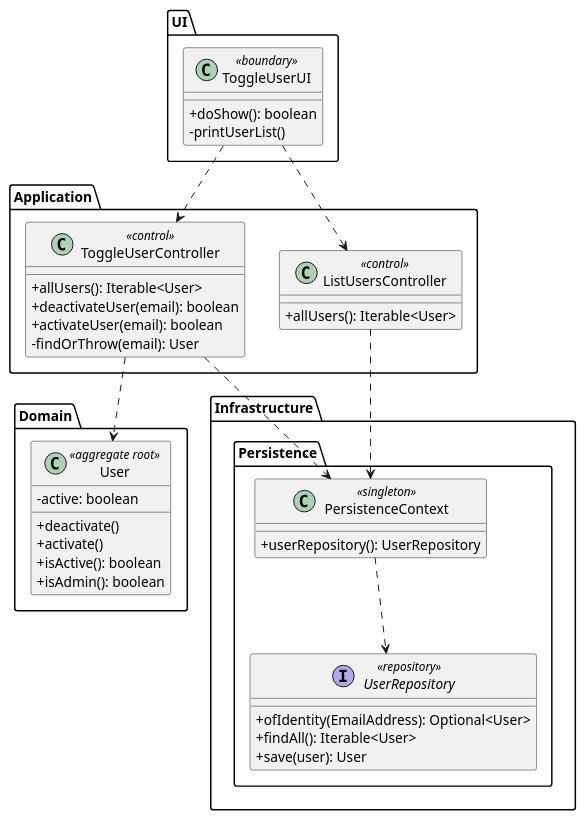
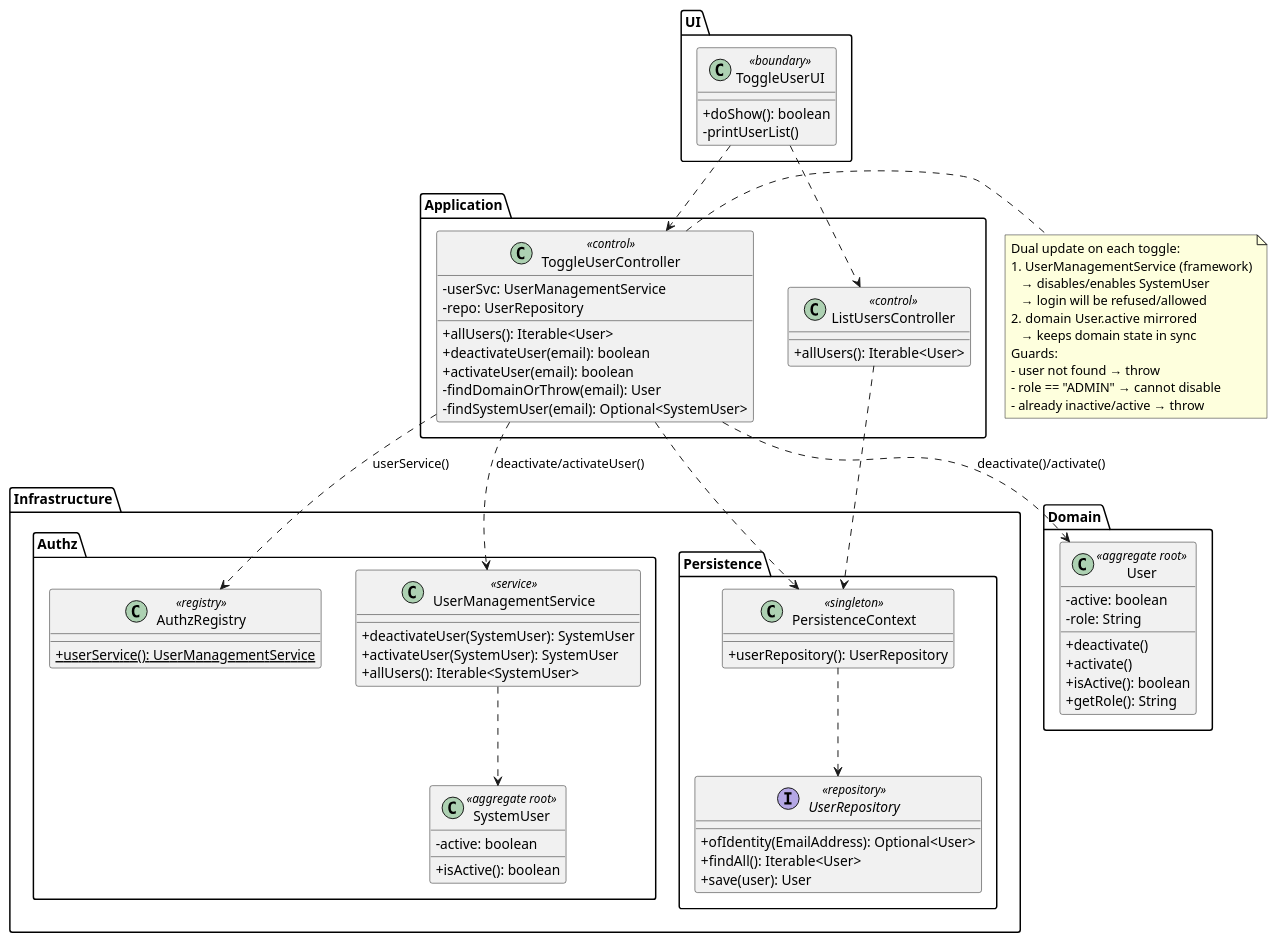
The diagram in docs/Sprint 2/EAPLI/US032/puml/US032-class-diagram.puml (DuartePinto1240/sem4pi2526-sem4pi2526_2da2), drawn with PlantUML before and after one commit. The commit also changed 16 other files, not shown here.

```diff
--- a/docs/Sprint 2/EAPLI/US032/puml/US032-class-diagram.puml
+++ b/docs/Sprint 2/EAPLI/US032/puml/US032-class-diagram.puml
@@ -1,50 +1,85 @@
 @startuml
 skinparam classAttributeIconSize 0
 
 package "UI" {
   class ToggleUserUI <<boundary>> {
     +doShow(): boolean
     -printUserList()
   }
 }
 
 package "Application" {
   class ToggleUserController <<control>> {
+    -userSvc: UserManagementService
+    -repo: UserRepository
     +allUsers(): Iterable<User>
     +deactivateUser(email): boolean
     +activateUser(email): boolean
-    -findOrThrow(email): User
+    -findDomainOrThrow(email): User
+    -findSystemUser(email): Optional<SystemUser>
   }
   class ListUsersController <<control>> {
     +allUsers(): Iterable<User>
   }
 }
 
+package "Infrastructure.Authz" {
+  class AuthzRegistry <<registry>> {
+    {static} +userService(): UserManagementService
+  }
+  class UserManagementService <<service>> {
+    +deactivateUser(SystemUser): SystemUser
+    +activateUser(SystemUser): SystemUser
+    +allUsers(): Iterable<SystemUser>
+  }
+  class SystemUser <<aggregate root>> {
+    -active: boolean
+    +isActive(): boolean
+  }
+}
+
 package "Domain" {
   class User <<aggregate root>> {
     -active: boolean
+    -role: String
     +deactivate()
     +activate()
     +isActive(): boolean
-    +isAdmin(): boolean
+    +getRole(): String
   }
 }
 
 package "Infrastructure.Persistence" {
   class PersistenceContext <<singleton>> {
     +userRepository(): UserRepository
   }
   interface UserRepository <<repository>> {
     +ofIdentity(EmailAddress): Optional<User>
     +findAll(): Iterable<User>
     +save(user): User
   }
 }
 
 ToggleUserUI ..> ToggleUserController
 ToggleUserUI ..> ListUsersController
+ToggleUserController ..> AuthzRegistry : userService()
+ToggleUserController ..> UserManagementService : deactivate/activateUser()
 ToggleUserController ..> PersistenceContext
-ToggleUserController ..> User
+ToggleUserController ..> User : deactivate()/activate()
 ListUsersController ..> PersistenceContext
+UserManagementService ..> SystemUser
 PersistenceContext ..> UserRepository
+
+note right of ToggleUserController
+  Dual update on each toggle:
+  1. UserManagementService (framework)
+     → disables/enables SystemUser
+     → login will be refused/allowed
+  2. domain User.active mirrored
+     → keeps domain state in sync
+  Guards:
+  - user not found → throw
+  - role == "ADMIN" → cannot disable
+  - already inactive/active → throw
+end note
 @enduml
```
